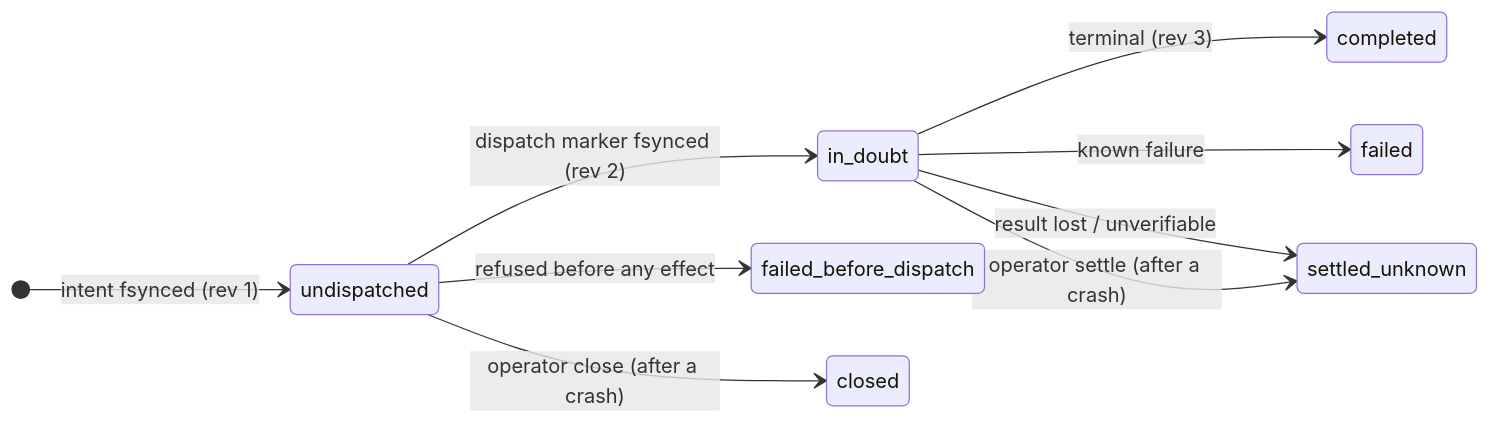
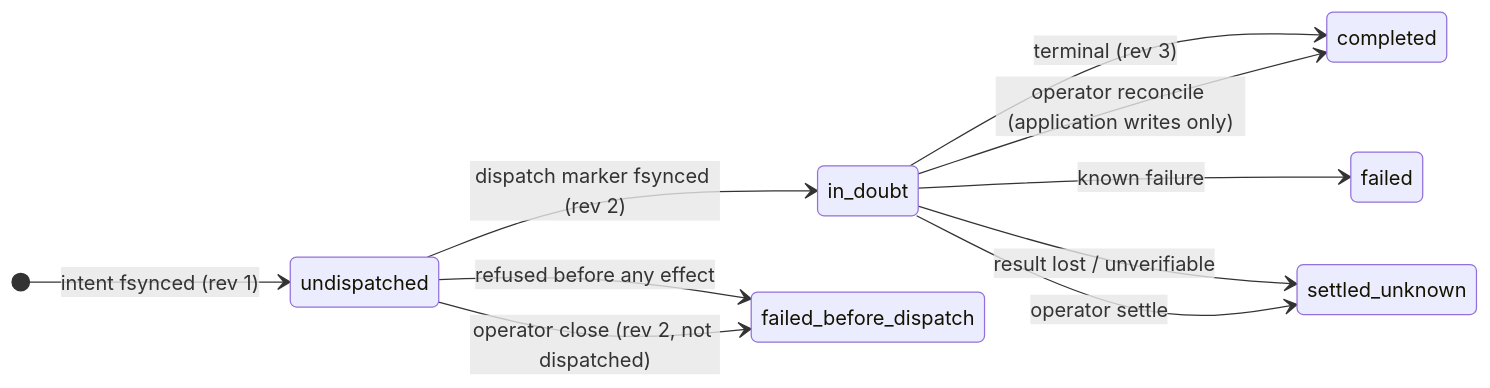
The diagram in docs/operations.md (anvai-labs/agentbrowser), drawn with Mermaid before and after one commit. The commit also changed other lines of this file and 9 other files, not shown here.

Commit message:
docs: realign review — real classification states in the diagram, comparison/quality/execution claims match what is built, prose turned into tables

````diff
--- a/docs/operations.md
+++ b/docs/operations.md
@@ -125,12 +125,13 @@
 ```mermaid
 stateDiagram-v2
     direction LR
     [*] --> undispatched: intent fsynced (rev 1)
     undispatched --> in_doubt: dispatch marker fsynced (rev 2)
     undispatched --> failed_before_dispatch: refused before any effect
     in_doubt --> completed: terminal (rev 3)
     in_doubt --> failed: known failure
     in_doubt --> settled_unknown: result lost / unverifiable
-    undispatched --> closed: operator close (after a crash)
-    in_doubt --> settled_unknown: operator settle (after a crash)
+    undispatched --> failed_before_dispatch: operator close (rev 2, not dispatched)
+    in_doubt --> settled_unknown: operator settle
+    in_doubt --> completed: operator reconcile (application writes only)
 ```
````
